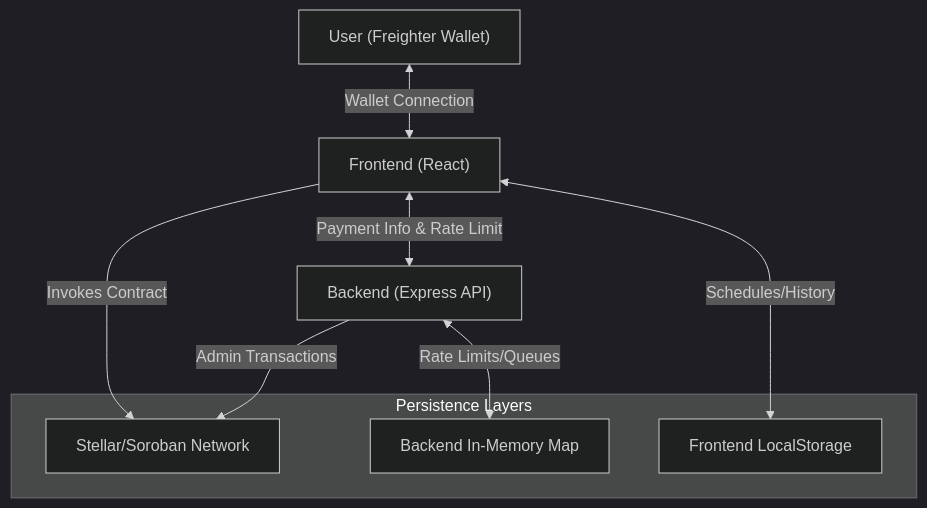
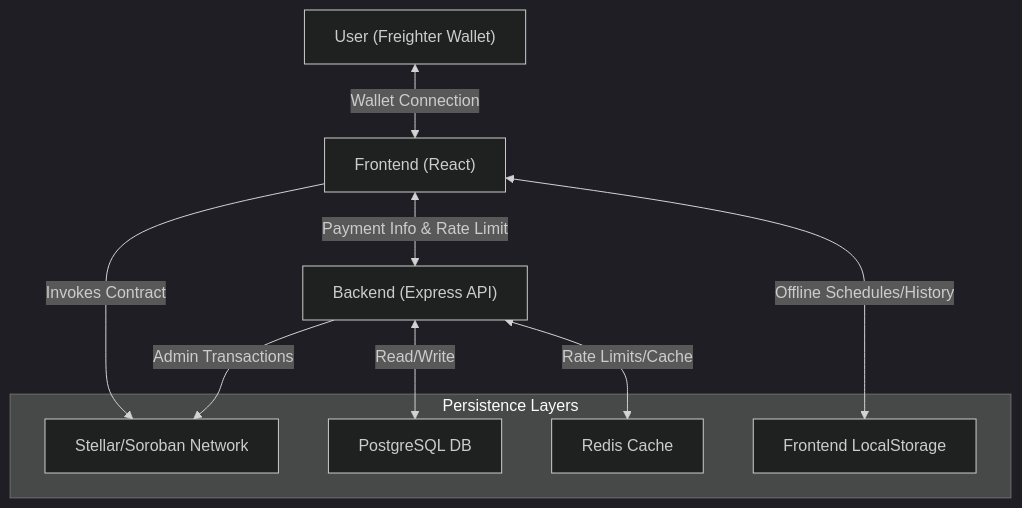
One commit to nathydre21/wata-board changed the first of 2 diagrams in ARCHITECTURE.md. Above: the diagram before and after it, drawn with Mermaid (dark theme). The commit also changed other lines of this file and 3 other files, not shown here.

````diff
--- a/ARCHITECTURE.md
+++ b/ARCHITECTURE.md
@@ -16,21 +22,25 @@
 ```mermaid
 graph TD
     User["User (Freighter Wallet)"]
     Frontend["Frontend (React)"]
     Backend["Backend (Express API)"]
     Stellar["Stellar/Soroban Network"]
+    Database["PostgreSQL DB"]
+    Cache["Redis Cache"]
     
     User <-->|Wallet Connection| Frontend
     Frontend -->|Invokes Contract| Stellar
     Frontend <-->|Payment Info & Rate Limit| Backend
     Backend -->|Admin Transactions| Stellar
+    Backend <-->|Read/Write| Database
+    Backend <-->|Rate Limits/Cache| Cache
     
     subgraph "Persistence Layers"
         Stellar
         LocalStorage["Frontend LocalStorage"]
-        InMemory["Backend In-Memory Map"]
+        Database
+        Cache
     end
     
-    Frontend <-->|Schedules/History| LocalStorage
-    Backend <-->|Rate Limits/Queues| InMemory
+    Frontend <-->|Offline Schedules/History| LocalStorage
 ```
````
